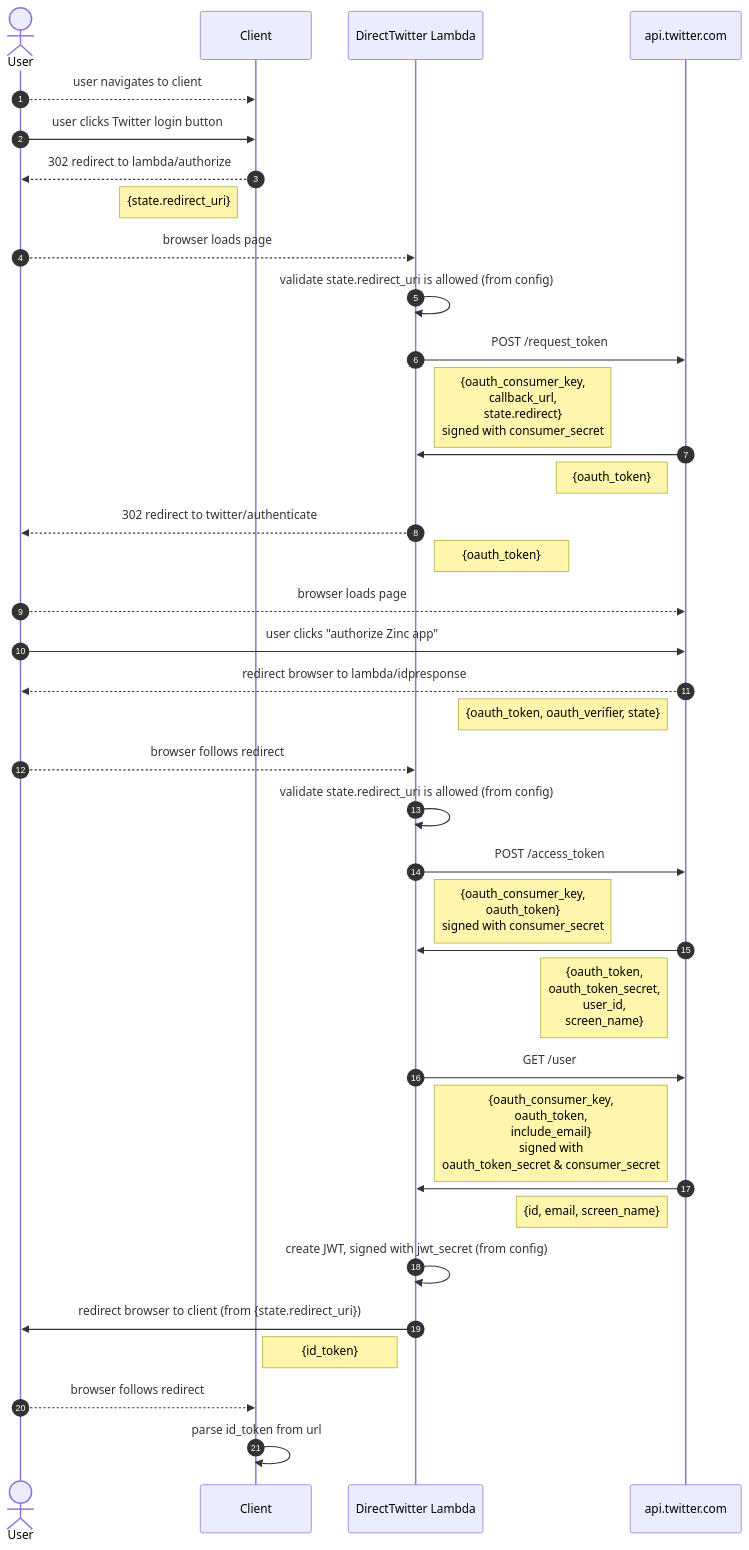
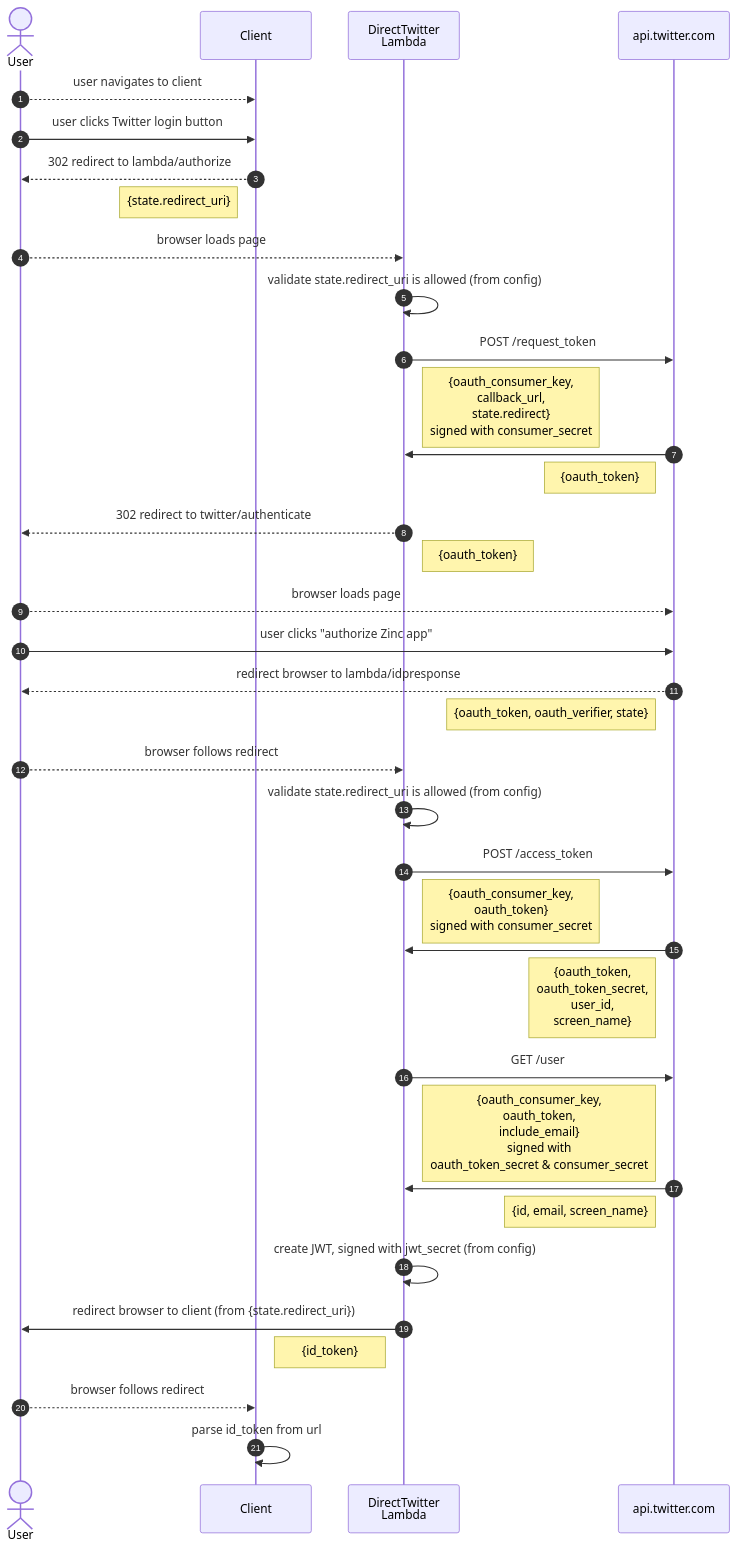
The diagram in aws-infra/lambda/doc/direct-twitter-sign-in.md (shorn/zinc), drawn with Mermaid before and after one commit. The commit also changed other lines of this file, not shown here.

````diff
--- a/aws-infra/lambda/doc/direct-twitter-sign-in.md
+++ b/aws-infra/lambda/doc/direct-twitter-sign-in.md
@@ -9,41 +9,41 @@
 ```mermaid
 sequenceDiagram
 autonumber
 actor user as User
 participant client as Client
-participant lambda as DirectTwitter Lambda
+participant lambda as DirectTwitter<br/>Lambda
 participant idp as api.twitter.com
 
 user-->>client: user navigates to client
 user->>client: user clicks Twitter login button
 client-->>user: 302 redirect to lambda/authorize
 note left of client: {state.redirect_uri}
 user-->>lambda: browser loads page
 lambda->>lambda: validate state.redirect_uri is allowed (from config)
 lambda->>idp: POST /request_token
 note right of lambda: {oauth_consumer_key,<br/>callback_url,<br/>state.redirect}<br/>signed with consumer_secret 
 idp->>lambda: 
 note left of idp: {oauth_token}
 lambda-->>user: 302 redirect to twitter/authenticate
 note right of lambda: {oauth_token}
 user-->>idp: browser loads page
 user->>idp: user clicks "authorize Zinc app" 
 idp-->>user: redirect browser to lambda/idpresponse
 note left of idp: {oauth_token, oauth_verifier, state}
 user-->>lambda: browser follows redirect
 lambda->>lambda: validate state.redirect_uri is allowed (from config)
 lambda->>idp: POST /access_token
 note right of lambda: {oauth_consumer_key,<br/>oauth_token}<br/>signed with consumer_secret
 idp->>lambda: 
 note left of idp: {oauth_token,<br/>oauth_token_secret,<br/>user_id,<br/>screen_name} 
 lambda->>idp: GET /user
 note right of lambda: {oauth_consumer_key,<br/>oauth_token,<br/>include_email}<br/>signed with<br/>oauth_token_secret & consumer_secret
 idp->>lambda: 
 note left of idp: {id, email, screen_name}
 lambda->>lambda: create JWT, signed with jwt_secret (from config)
 lambda->>user: redirect browser to client (from {state.redirect_uri}) 
 note left of lambda: {id_token}
 user-->>client: browser follows redirect
 client->>client: parse id_token from url
 
 ```
````
